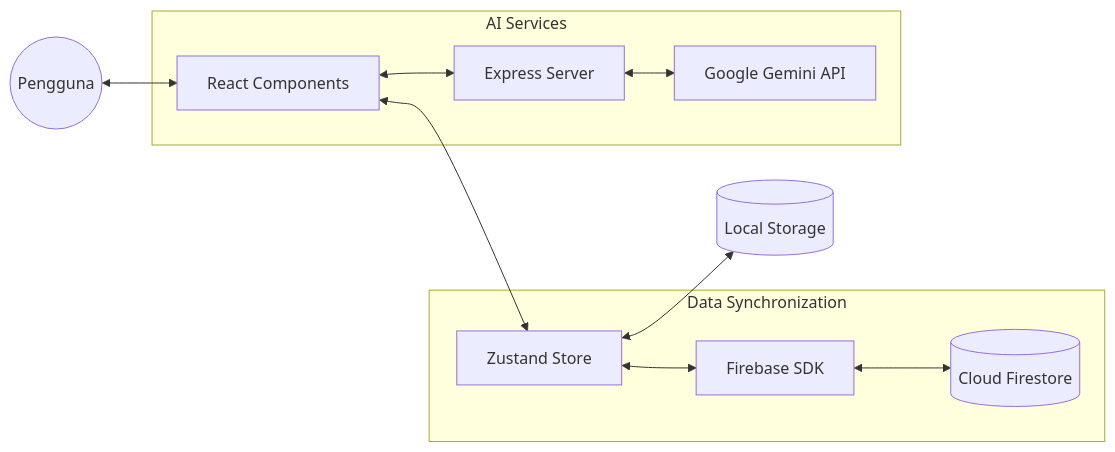
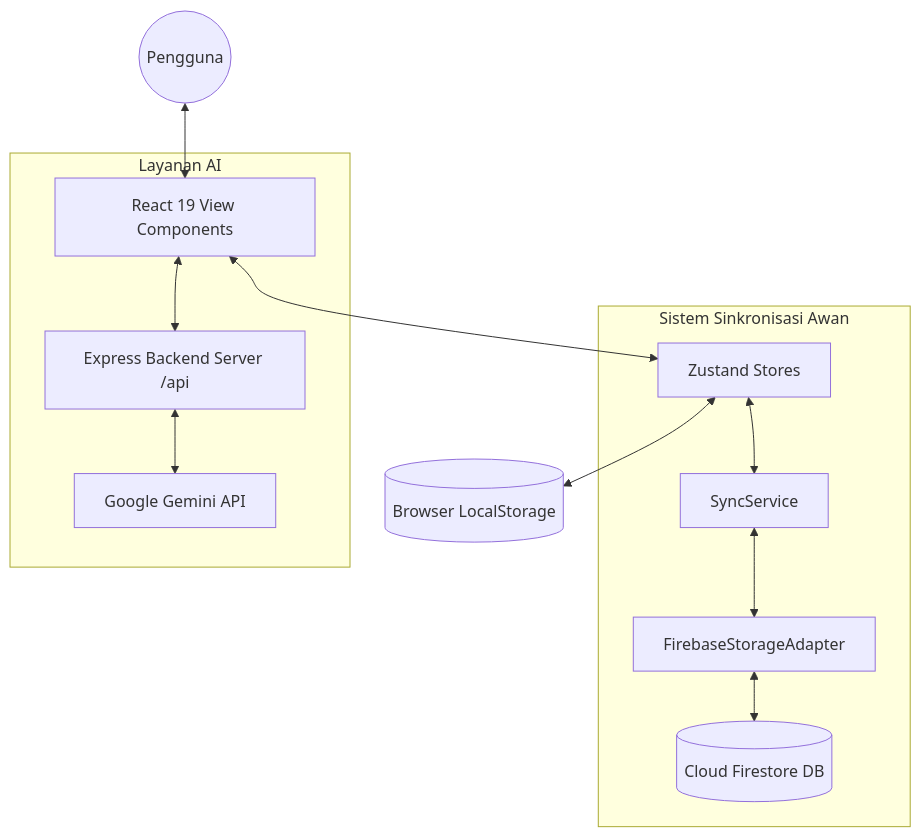
The diagram in LAPORAN_PENGEMBANGAN_MOODBLOOM.md (mokhammadbahauddin/MoodBloom), drawn with Mermaid before and after one commit. The commit also changed other lines of this file and 2 other files, not shown here.

````diff
--- a/LAPORAN_PENGEMBANGAN_MOODBLOOM.md
+++ b/LAPORAN_PENGEMBANGAN_MOODBLOOM.md
@@ -61,16 +113,17 @@
 ```mermaid
-graph LR
-    User((Pengguna)) <--> UI[React Components]
-    UI <--> Store[Zustand Store]
-    Store <--> LDB[(Local Storage)]
+graph TD
+    User((Pengguna)) <--> UI[React 19 View Components]
+    UI <--> Stores[Zustand Stores]
+    Stores <--> LS[(Browser LocalStorage)]
     
-    subgraph "Data Synchronization"
-        Store <--> Sync[Firebase SDK]
-        Sync <--> Firestore[(Cloud Firestore)]
+    subgraph "Sistem Sinkronisasi Awan"
+        Stores <--> Sync[SyncService]
+        Sync <--> Adapter[FirebaseStorageAdapter]
+        Adapter <--> Firestore[(Cloud Firestore DB)]
     end
     
-    subgraph "AI Services"
-        UI <--> Proxy[Express Server]
+    subgraph "Layanan AI"
+        UI <--> Proxy[Express Backend Server /api]
         Proxy <--> Gemini[Google Gemini API]
     end
 ```
````
